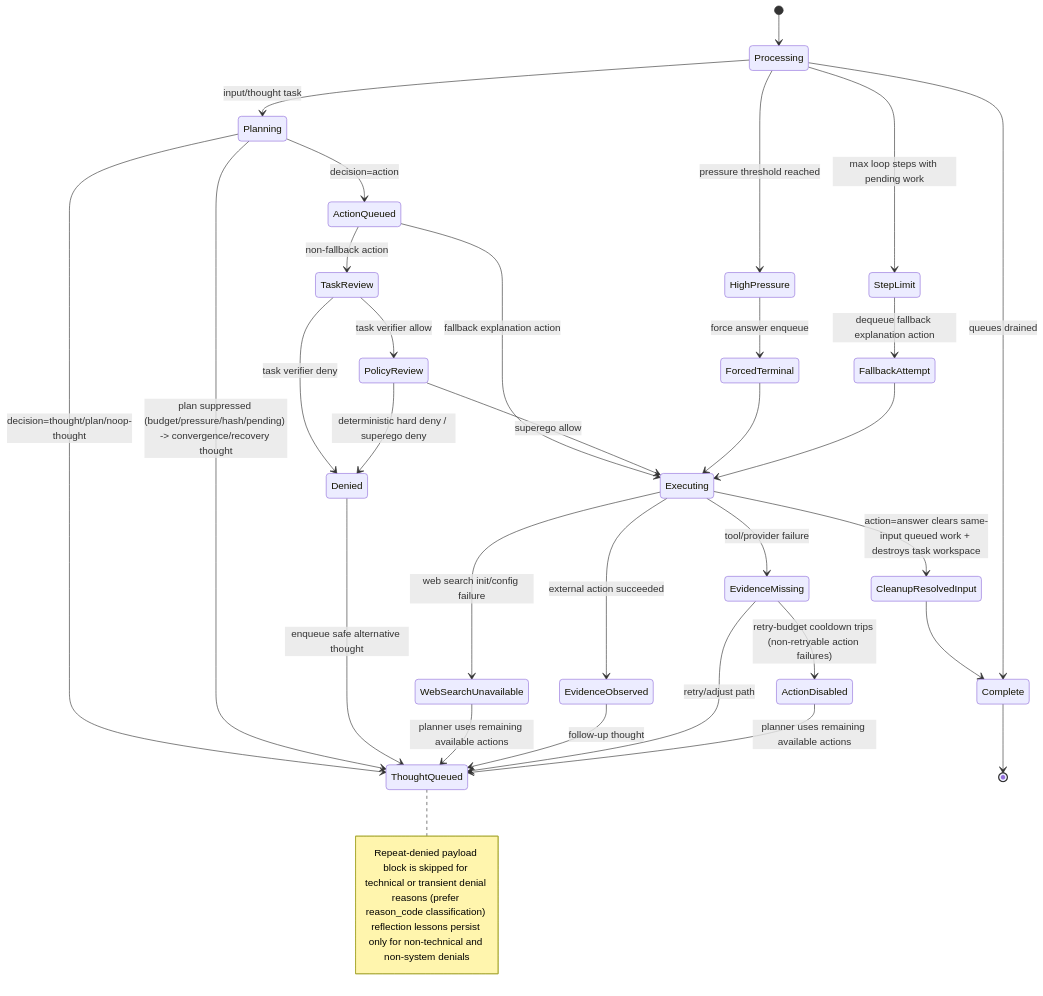
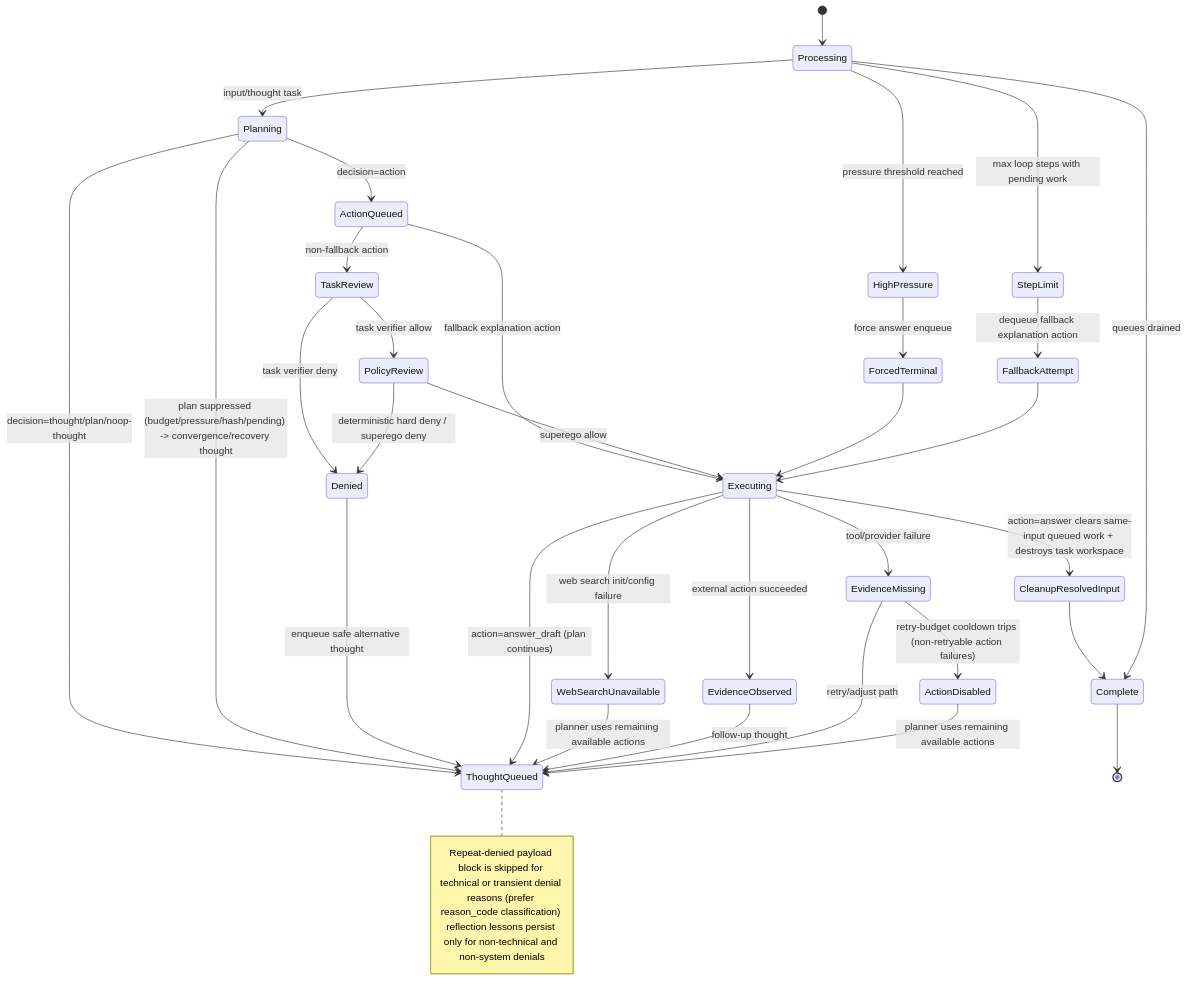
One commit to neopsyke/NeoPsyke changed the fifth of 6 diagrams in AGENT_LOGIC_DIAGRAM.md. Above: the diagram before and after it, drawn with Mermaid. The commit also changed other lines of this file and 15 other files, not shown here.

First line of the commit message:
feat(agent): strict planner schema + chunked workspace drafts

````diff
--- a/AGENT_LOGIC_DIAGRAM.md
+++ b/AGENT_LOGIC_DIAGRAM.md
@@ -205,41 +209,42 @@
 ```mermaid
 stateDiagram-v2
     [*] --> Processing
 
     Processing --> Planning: input/thought task
     Planning --> ActionQueued: decision=action
     Planning --> ThoughtQueued: decision=thought/plan/noop-thought
     Planning --> ThoughtQueued: plan suppressed (budget/pressure/hash/pending) -> convergence/recovery thought
 
     ActionQueued --> TaskReview: non-fallback action
     ActionQueued --> Executing: fallback explanation action
     TaskReview --> Denied: task verifier deny
 
     TaskReview --> PolicyReview: task verifier allow
     PolicyReview --> Denied: deterministic hard deny / superego deny
     Denied --> ThoughtQueued: enqueue safe alternative thought
     Note right of ThoughtQueued: Repeat-denied payload block is skipped for technical or transient denial reasons (prefer reason_code classification) reflection lessons persist only for non-technical and non-system denials
 
     PolicyReview --> Executing: superego allow
+    Executing --> ThoughtQueued: action=answer_draft (plan continues)
     Executing --> EvidenceObserved: external action succeeded
     Executing --> EvidenceMissing: tool/provider failure
     Executing --> WebSearchUnavailable: web search init/config failure
     WebSearchUnavailable --> ThoughtQueued: planner uses remaining available actions
     EvidenceObserved --> ThoughtQueued: follow-up thought
     EvidenceMissing --> ThoughtQueued: retry/adjust path
     EvidenceMissing --> ActionDisabled: retry-budget cooldown trips (non-retryable action failures)
     ActionDisabled --> ThoughtQueued: planner uses remaining available actions
 
     Processing --> HighPressure: pressure threshold reached
     HighPressure --> ForcedTerminal: force answer enqueue
     ForcedTerminal --> Executing
 
     Processing --> StepLimit: max loop steps with pending work
     StepLimit --> FallbackAttempt: dequeue fallback explanation action
     FallbackAttempt --> Executing
 
     Executing --> CleanupResolvedInput: action=answer clears same-input queued work + destroys task workspace
     CleanupResolvedInput --> Complete
     Processing --> Complete: queues drained
     Complete --> [*]
 ```
````
